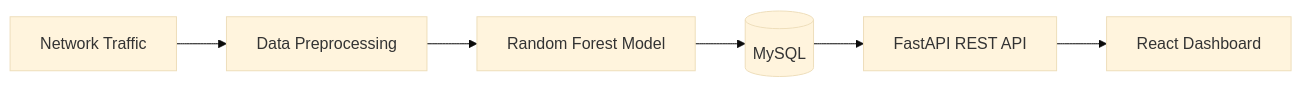
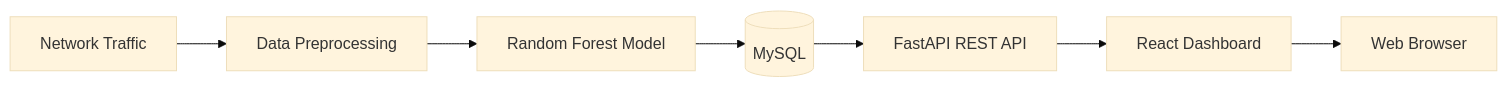
Before and after one commit to mountaindew93/OracleCloud_IDS: the first of 3 diagrams in README.md, drawn with Mermaid (base theme). The commit also changed other lines of this file and 1 other file, not shown here.

````diff
--- a/README.md
+++ b/README.md
@@ -57,13 +60,17 @@
 ```mermaid
 flowchart LR
 
-A[Network Traffic] --> B[Data Preprocessing]
+A[Network Traffic]
 
-B --> C[Random Forest Model]
+--> B[Data Preprocessing]
 
-C --> D[(MySQL)]
+--> C[Random Forest Model]
+
+--> D[(MySQL)]
 
 D --> E[FastAPI REST API]
 
 E --> F[React Dashboard]
+
+F --> G[Web Browser]
 ```
````
